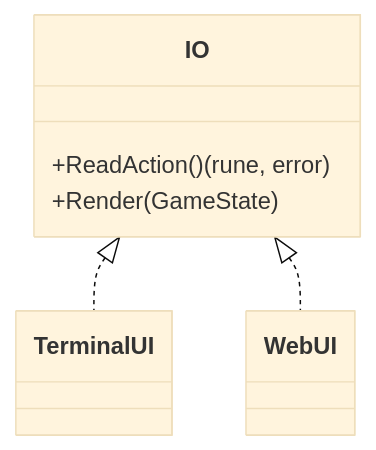
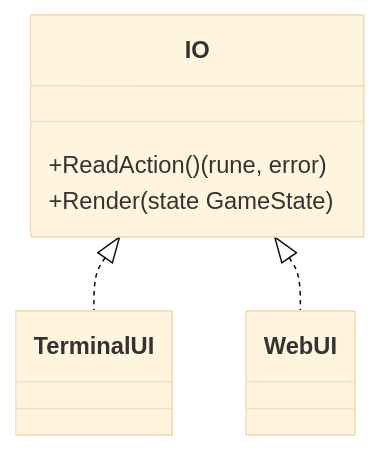
Before and after one commit to rfranks/portfolio: the first of 3 diagrams in go/blackjack/README.md, drawn with Mermaid (base theme). The commit also changed other lines of this file, not shown here.

````diff
--- a/go/blackjack/README.md
+++ b/go/blackjack/README.md
@@ -63,11 +78,9 @@
 ```mermaid
 classDiagram
     class IO {
         +ReadAction() (rune, error)
-        +Render(GameState)
+        +Render(state GameState)
     }
-    class TerminalUI
-    class WebUI
     IO <|.. TerminalUI
     IO <|.. WebUI
 ```
````
